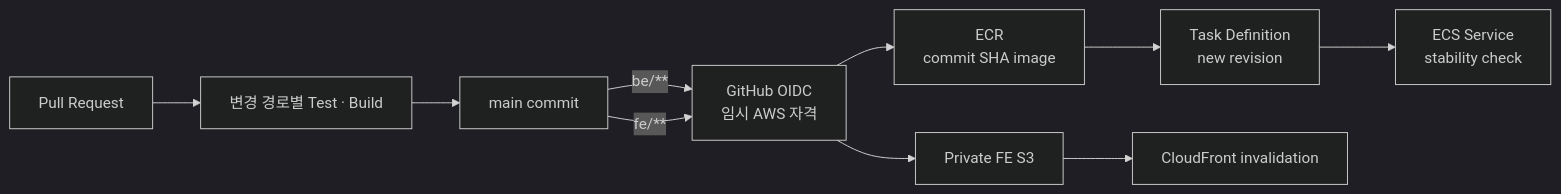
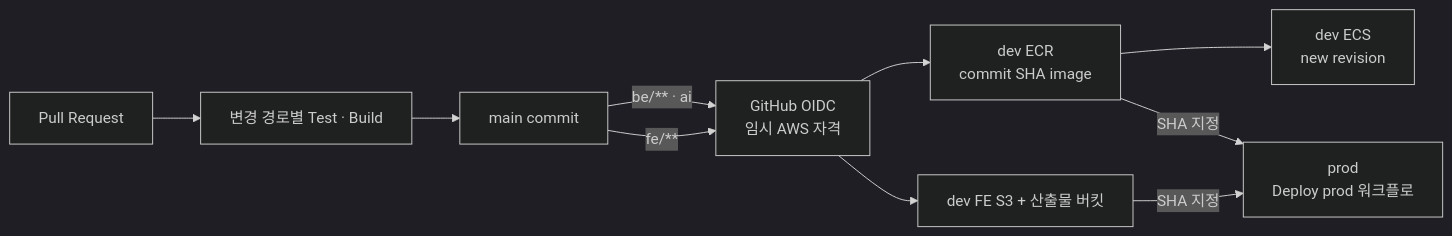
Before and after one commit to team-ymc/project-docs: the diagram in architecture/ci-cd.md, drawn with Mermaid (dark theme). The commit also changed other lines of this file and 2 other files, not shown here.

Commit message:
[YMC-418] prod 배포 수동 승격 결정과 CI/CD 문서 반영 (#82)
* [YMC-418] docs(architecture): CI/CD에 prod 수동 승격 흐름 반영

* [YMC-418] docs(decisions): ADR-012 prod 배포 수동 승격

````diff
--- a/architecture/ci-cd.md
+++ b/architecture/ci-cd.md
@@ -12,16 +12,17 @@
 ```mermaid
 flowchart LR
     PR["Pull Request"]
     CI["변경 경로별 Test · Build"]
     MAIN["main commit"]
     OIDC["GitHub OIDC<br/>임시 AWS 자격"]
-    ECR["ECR<br/>commit SHA image"]
-    ECS["Task Definition<br/>new revision"]
-    SERVICE["ECS Service<br/>stability check"]
-    S3["Private FE S3"]
-    CF["CloudFront invalidation"]
+    ECR["dev ECR<br/>commit SHA image"]
+    ECS["dev ECS<br/>new revision"]
+    S3["dev FE S3 + 산출물 버킷"]
+    PROD["prod<br/>Deploy prod 워크플로"]
 
     PR --> CI --> MAIN
-    MAIN -->|"be/**"| OIDC --> ECR --> ECS --> SERVICE
-    MAIN -->|"fe/**"| OIDC --> S3 --> CF
+    MAIN -->|"be/** · ai"| OIDC --> ECR --> ECS
+    MAIN -->|"fe/**"| OIDC --> S3
+    ECR -->|"SHA 지정"| PROD
+    S3 -->|"SHA 지정"| PROD
 ```
````
